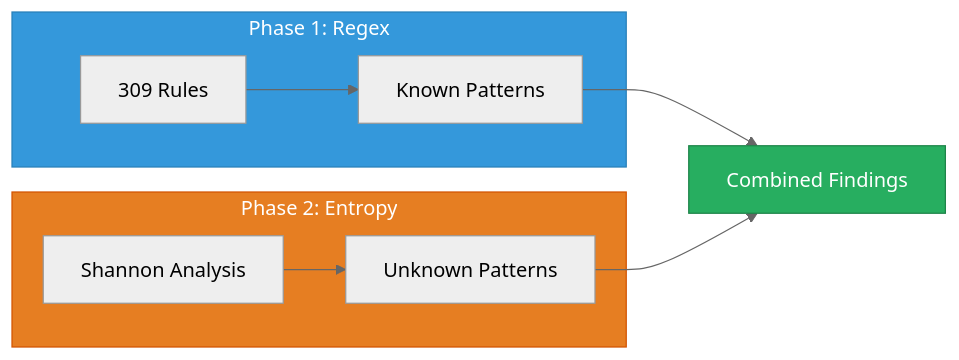
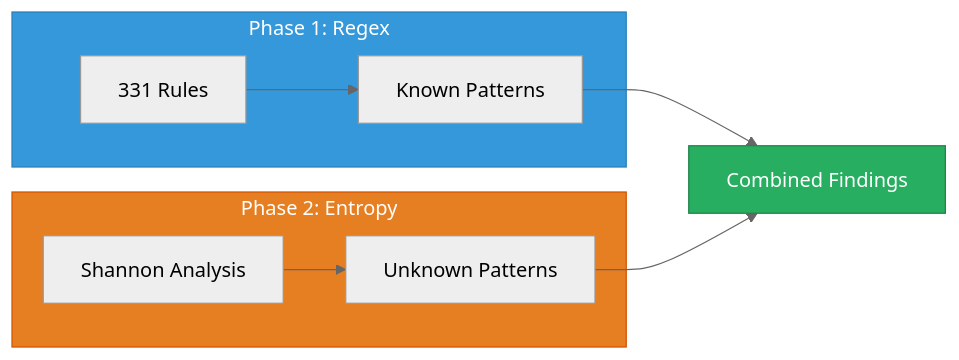
One commit to svemulapati/CredVigil changed diagram 26 of 37 in docs/training/01-core-detection-engine.md. Above: the diagram before and after it, drawn with Mermaid (neutral theme). The commit also changed other lines of this file and 5 other files, not shown here.

````diff
--- a/docs/training/01-core-detection-engine.md
+++ b/docs/training/01-core-detection-engine.md
@@ -1454,13 +1454,13 @@
 ```mermaid
 flowchart LR
     subgraph Phase1["Phase 1: Regex"]
-        A["309 Rules"] --> B["Known Patterns"]
+        A["331 Rules"] --> B["Known Patterns"]
     end
     subgraph Phase2["Phase 2: Entropy"]
         C["Shannon Analysis"] --> D["Unknown Patterns"]
     end
     B & D --> E["Combined Findings"]
     style Phase1 fill:#3498DB,stroke:#2980B9,color:#fff
     style Phase2 fill:#E67E22,stroke:#D35400,color:#fff
     style E fill:#27AE60,stroke:#1E8449,color:#fff
 ```
````
